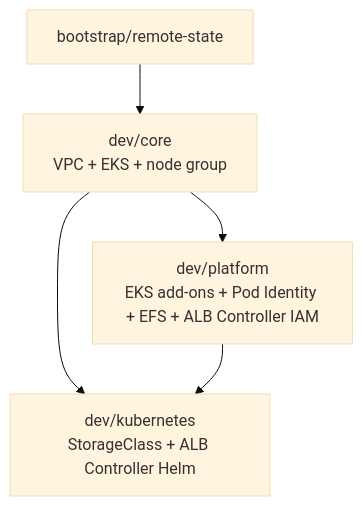
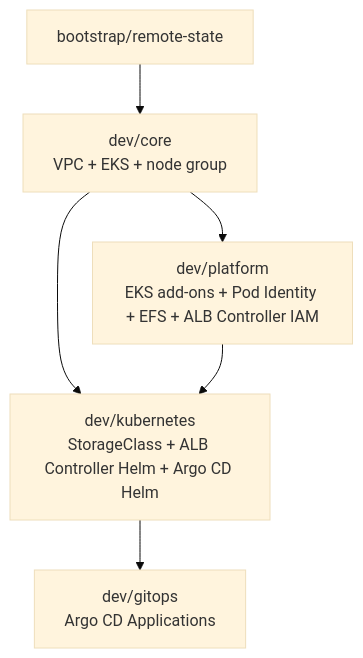
Before and after one commit to akamclovis/aws-EKS-Cluster-terraform-code: the diagram in README.md, drawn with Mermaid (base theme). The commit also changed other lines of this file and 9 other files, not shown here.

````diff
--- a/README.md
+++ b/README.md
@@ -89,12 +95,14 @@
 ```mermaid
 flowchart TD
   Bootstrap["bootstrap/remote-state"]
   Core["dev/core<br/>VPC + EKS + node group"]
   Platform["dev/platform<br/>EKS add-ons + Pod Identity + EFS + ALB Controller IAM"]
-  Kubernetes["dev/kubernetes<br/>StorageClass + ALB Controller Helm"]
+  Kubernetes["dev/kubernetes<br/>StorageClass + ALB Controller Helm + Argo CD Helm"]
+  GitOps["dev/gitops<br/>Argo CD Applications"]
 
   Bootstrap --> Core
   Core --> Platform
   Core --> Kubernetes
   Platform --> Kubernetes
+  Kubernetes --> GitOps
 ```
````
